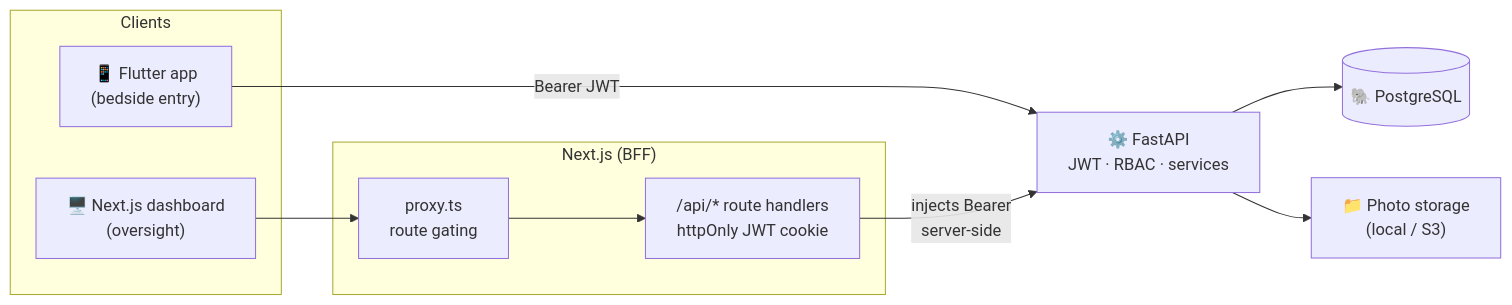
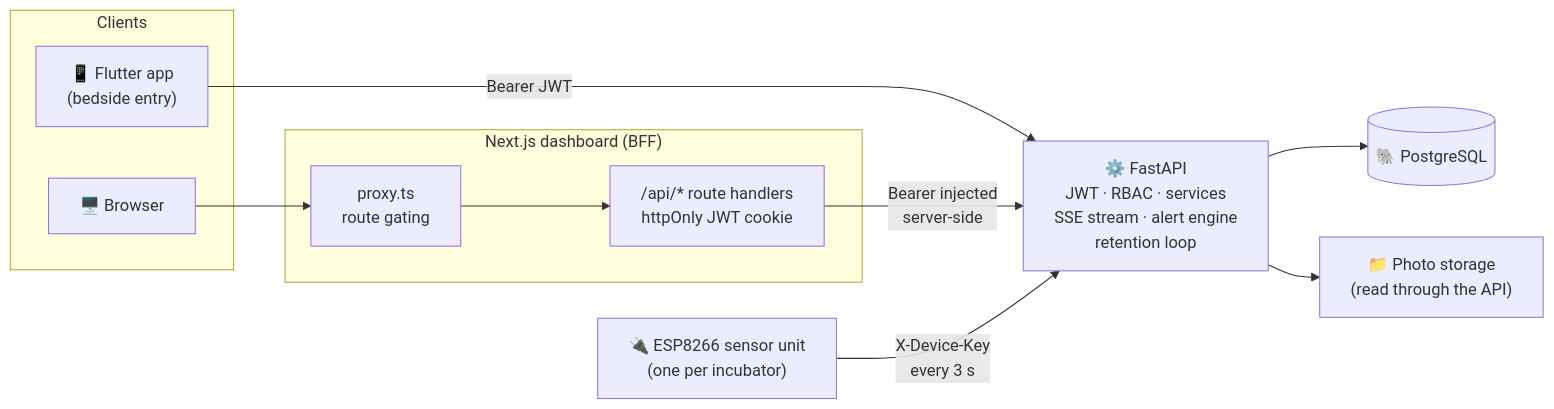
Before and after one commit to standungan/NeoNatal: the diagram in README.md, drawn with Mermaid. The commit also changed other lines of this file and 22 other files, not shown here.

````diff
--- a/README.md
+++ b/README.md
@@ -97,21 +122,23 @@
 ```mermaid
 flowchart LR
     subgraph Clients
       M["📱 Flutter app<br/>(bedside entry)"]
-      W["🖥️ Next.js dashboard<br/>(oversight)"]
+      B["🖥️ Browser"]
     end
+    D["🔌 ESP8266 sensor unit<br/>(one per incubator)"]
 
-    subgraph WebApp["Next.js (BFF)"]
+    subgraph WebApp["Next.js dashboard (BFF)"]
       P["proxy.ts<br/>route gating"]
       R["/api/* route handlers<br/>httpOnly JWT cookie"]
     end
 
-    API["⚙️ FastAPI<br/>JWT · RBAC · services"]
+    API["⚙️ FastAPI<br/>JWT · RBAC · services<br/>SSE stream · alert engine<br/>retention loop"]
     DB[("🐘 PostgreSQL")]
-    S["📁 Photo storage<br/>(local / S3)"]
+    S["📁 Photo storage<br/>(read through the API)"]
 
     M -- "Bearer JWT" --> API
-    W --> P --> R -- "injects Bearer<br/>server-side" --> API
+    B --> P --> R -- "Bearer injected<br/>server-side" --> API
+    D -- "X-Device-Key<br/>every 3 s" --> API
     API --> DB
     API --> S
 ```
````
